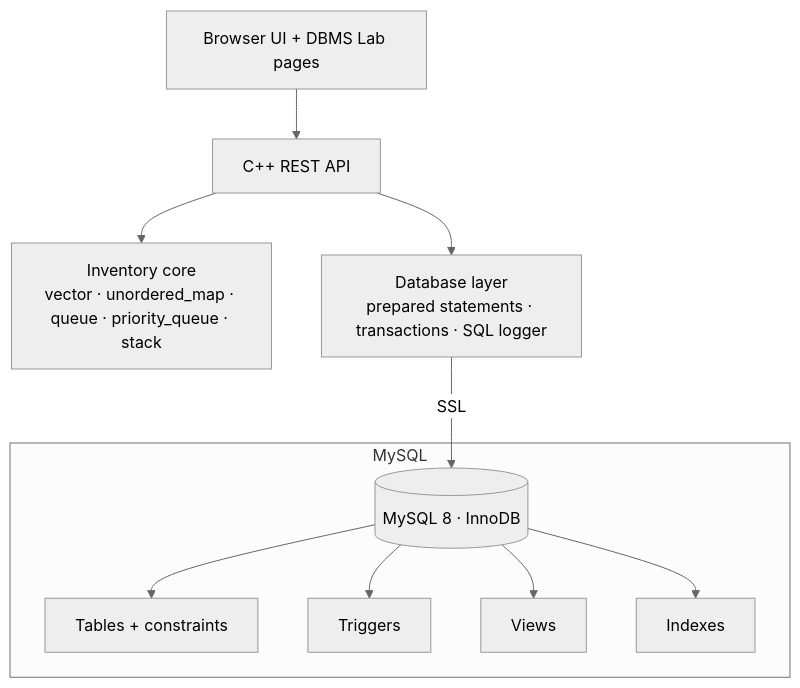
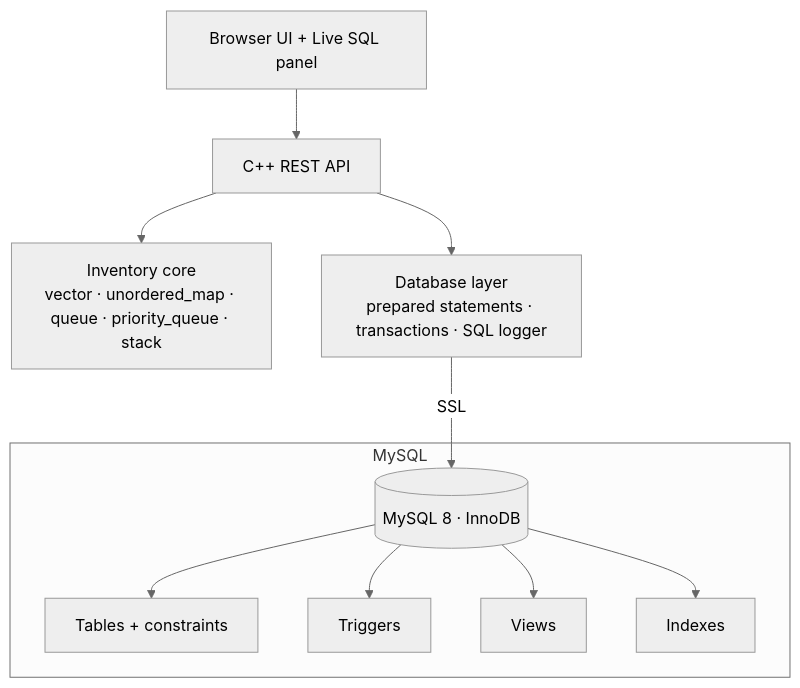
Before and after one commit to Laxmansirvi05/inventory-management-system: the first of 3 diagrams in docs/05-Database-Architecture-and-Workflow.md, drawn with Mermaid (neutral theme). The commit also changed 25 other files, not shown here.

````diff
--- a/docs/05-Database-Architecture-and-Workflow.md
+++ b/docs/05-Database-Architecture-and-Workflow.md
@@ -4,13 +4,13 @@
 ```mermaid
 flowchart TB
-  UI[Browser UI + DBMS Lab pages] --> API[C++ REST API]
+  UI[Browser UI + Live SQL panel] --> API[C++ REST API]
   API --> CORE[Inventory core<br/>vector · unordered_map · queue · priority_queue · stack]
   API --> DBL[Database layer<br/>prepared statements · transactions · SQL logger]
   DBL --> |SSL| SQL[(MySQL 8 · InnoDB)]
   subgraph MySQL
     SQL --> T[Tables + constraints]
     SQL --> TR[Triggers]
     SQL --> V[Views]
     SQL --> IX[Indexes]
   end
 ```
````
